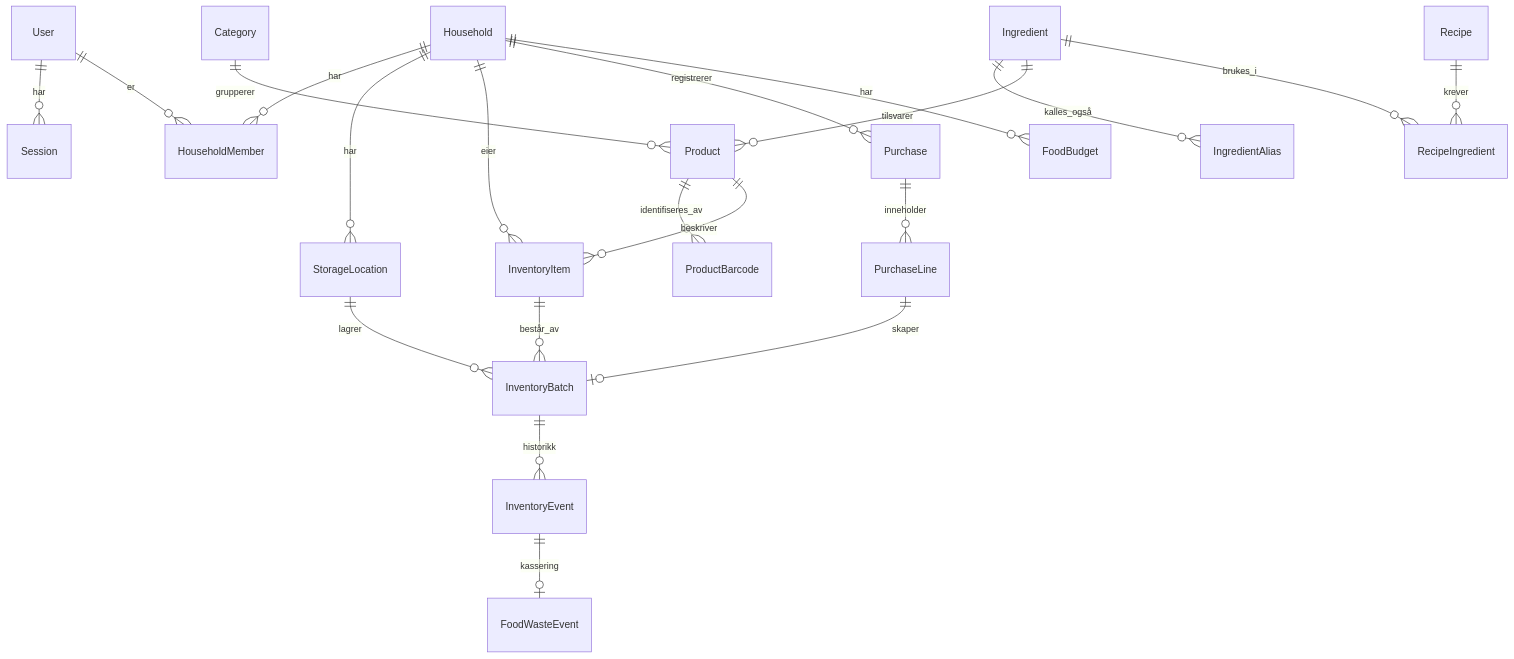
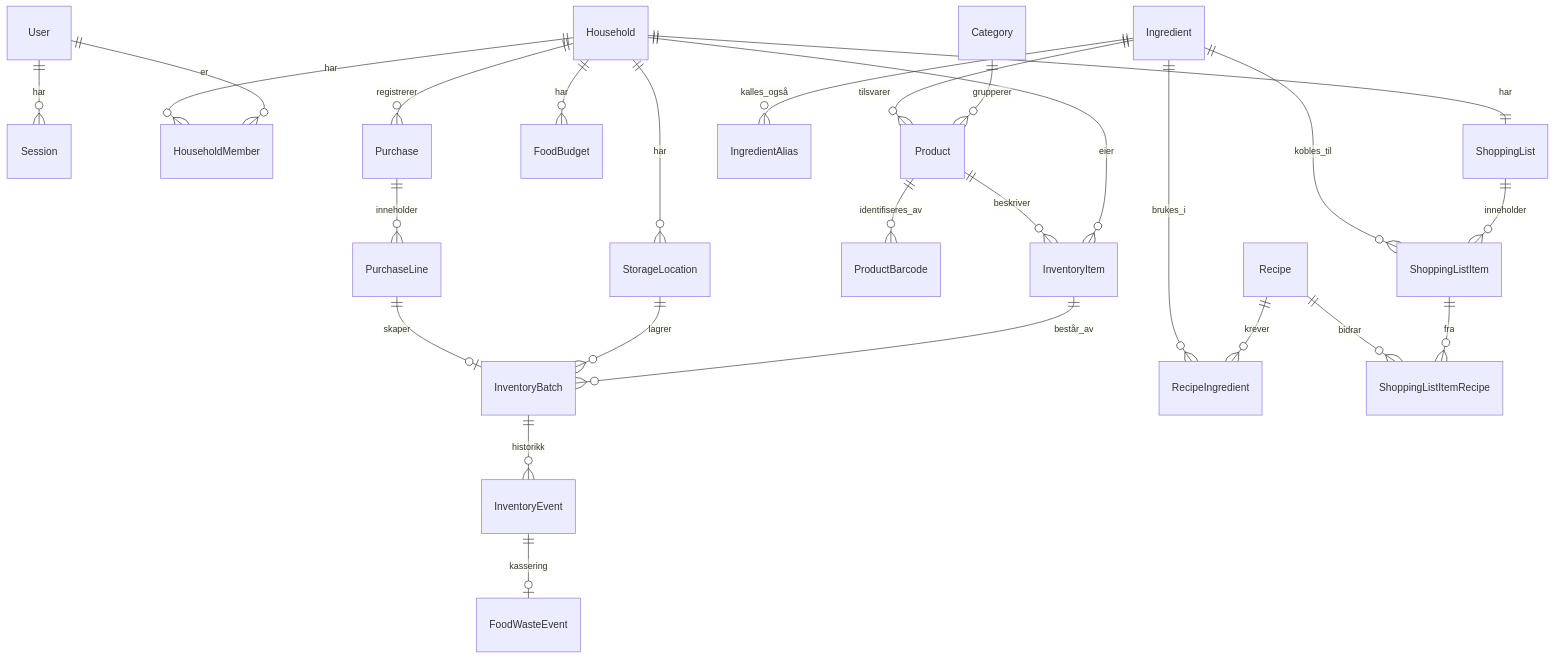
The diagram in docs/development/data-model.md (superior-ferdiz/smartmat), drawn with Mermaid before and after one commit. The commit also changed other lines of this file and 82 other files, not shown here.

````diff
--- a/docs/development/data-model.md
+++ b/docs/development/data-model.md
@@ -50,23 +63,28 @@
 ```mermaid
 erDiagram
   User ||--o{ Session : har
   User ||--o{ HouseholdMember : er
   Household ||--o{ HouseholdMember : har
   Household ||--o{ StorageLocation : har
   Household ||--o{ InventoryItem : eier
   Household ||--o{ Purchase : registrerer
   Household ||--o{ FoodBudget : har
   Product ||--o{ ProductBarcode : identifiseres_av
   Product ||--o{ InventoryItem : beskriver
   Category ||--o{ Product : grupperer
   InventoryItem ||--o{ InventoryBatch : består_av
   StorageLocation ||--o{ InventoryBatch : lagrer
   InventoryBatch ||--o{ InventoryEvent : historikk
   InventoryEvent ||--o| FoodWasteEvent : kassering
   Purchase ||--o{ PurchaseLine : inneholder
   PurchaseLine ||--o| InventoryBatch : skaper
   Ingredient ||--o{ IngredientAlias : kalles_også
   Ingredient ||--o{ Product : tilsvarer
   Recipe ||--o{ RecipeIngredient : krever
   Ingredient ||--o{ RecipeIngredient : brukes_i
+  Household ||--|| ShoppingList : har
+  ShoppingList ||--o{ ShoppingListItem : inneholder
+  Ingredient ||--o{ ShoppingListItem : kobles_til
+  ShoppingListItem ||--o{ ShoppingListItemRecipe : fra
+  Recipe ||--o{ ShoppingListItemRecipe : bidrar
 ```
````
